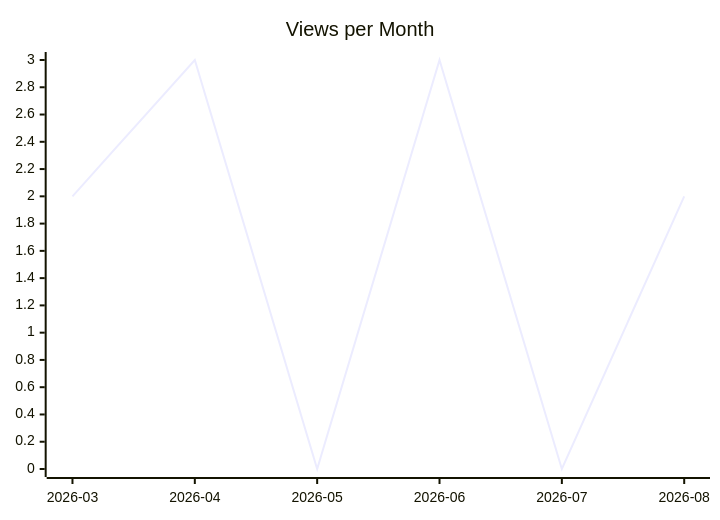
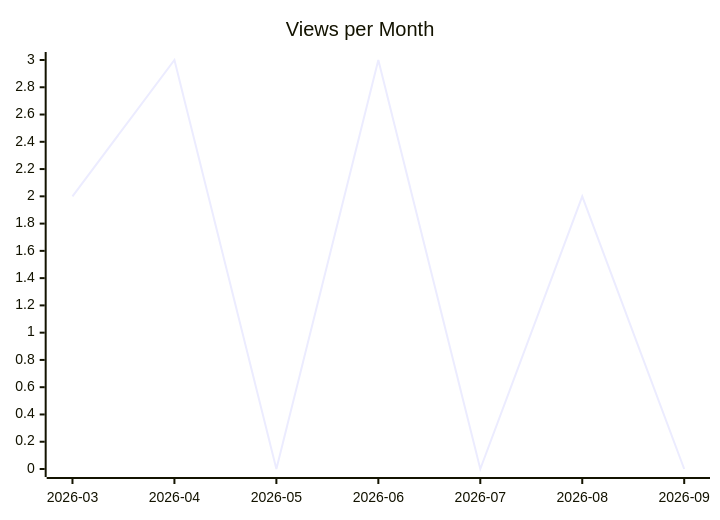
One commit to justdavis-family/github-analytics-data changed the second of 3 diagrams in karlmdavis/ansible-role-bind-dns/README.md. Above: the diagram before and after it, drawn with Mermaid. The commit also changed other lines of this file and 191 other files, not shown here.

````diff
--- a/karlmdavis/ansible-role-bind-dns/README.md
+++ b/karlmdavis/ansible-role-bind-dns/README.md
@@ -12,6 +12,6 @@
 ```mermaid
 xychart-beta
   title "Views per Month"
-  x-axis ["2026-03", "2026-04", "2026-05", "2026-06", "2026-07", "2026-08"]
-  line [2, 3, 0, 3, 0, 2]
+  x-axis ["2026-03", "2026-04", "2026-05", "2026-06", "2026-07", "2026-08", "2026-09"]
+  line [2, 3, 0, 3, 0, 2, 0]
 ```
````
